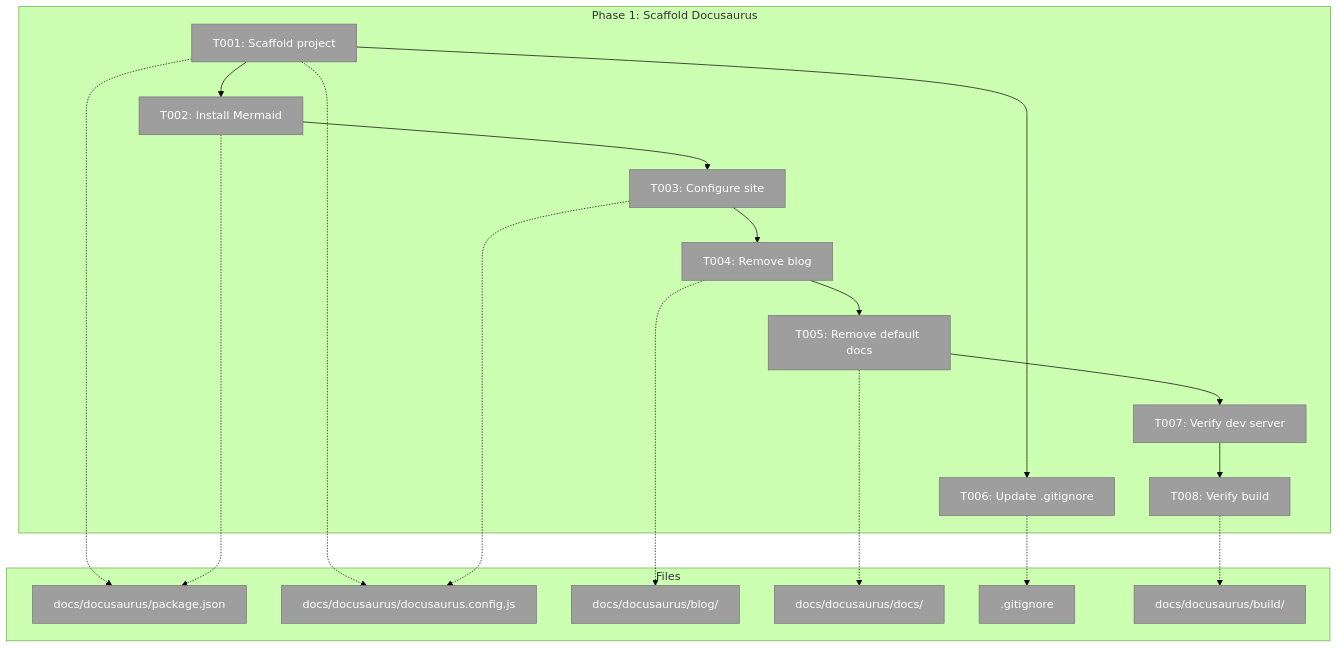
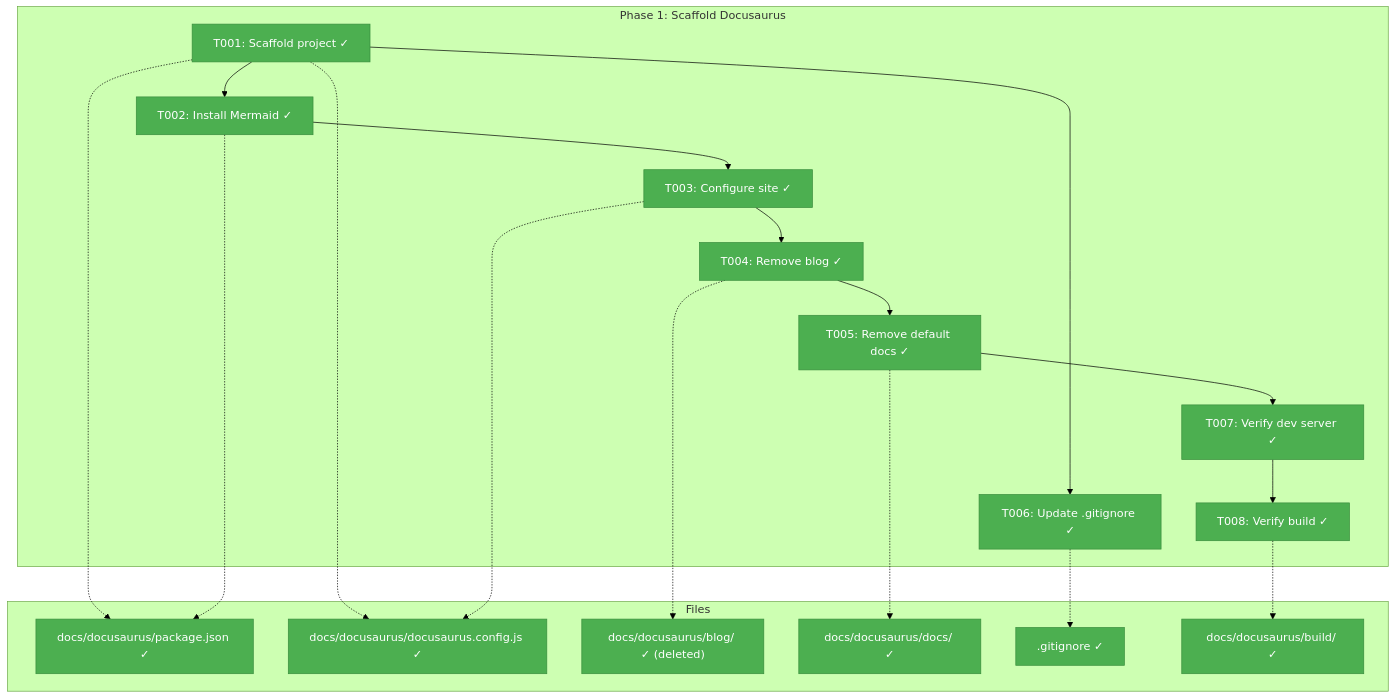
The first of 2 diagrams in docs/plans/002-docusaurus-site/tasks/phase-1-scaffold-docusaurus-project/tasks.md (jakkaj/hve-core), drawn with Mermaid (forest theme) before and after one commit. The commit also changed other lines of this file and 25 other files, not shown here.

First line of the commit message:
feat(docs): scaffold Docusaurus project with Mermaid support

````diff
--- a/docs/plans/002-docusaurus-site/tasks/phase-1-scaffold-docusaurus-project/tasks.md
+++ b/docs/plans/002-docusaurus-site/tasks/phase-1-scaffold-docusaurus-project/tasks.md
@@ -113,44 +113,44 @@
 ```mermaid
 flowchart TD
     classDef pending fill:#9E9E9E,stroke:#757575,color:#fff
     classDef inprogress fill:#FF9800,stroke:#F57C00,color:#fff
     classDef completed fill:#4CAF50,stroke:#388E3C,color:#fff
     classDef blocked fill:#F44336,stroke:#D32F2F,color:#fff
 
     subgraph Phase["Phase 1: Scaffold Docusaurus"]
-        T001["T001: Scaffold project"]:::pending
-        T002["T002: Install Mermaid"]:::pending
-        T003["T003: Configure site"]:::pending
-        T004["T004: Remove blog"]:::pending
-        T005["T005: Remove default docs"]:::pending
-        T006["T006: Update .gitignore"]:::pending
-        T007["T007: Verify dev server"]:::pending
-        T008["T008: Verify build"]:::pending
+        T001["T001: Scaffold project ✓"]:::completed
+        T002["T002: Install Mermaid ✓"]:::completed
+        T003["T003: Configure site ✓"]:::completed
+        T004["T004: Remove blog ✓"]:::completed
+        T005["T005: Remove default docs ✓"]:::completed
+        T006["T006: Update .gitignore ✓"]:::completed
+        T007["T007: Verify dev server ✓"]:::completed
+        T008["T008: Verify build ✓"]:::completed
 
         T001 --> T002
         T002 --> T003
         T003 --> T004
         T004 --> T005
         T001 --> T006
         T005 --> T007
         T007 --> T008
     end
 
     subgraph Files["Files"]
-        F1["docs/docusaurus/package.json"]:::pending
-        F2["docs/docusaurus/docusaurus.config.js"]:::pending
-        F3["docs/docusaurus/blog/"]:::pending
-        F4["docs/docusaurus/docs/"]:::pending
-        F5[".gitignore"]:::pending
-        F6["docs/docusaurus/build/"]:::pending
+        F1["docs/docusaurus/package.json ✓"]:::completed
+        F2["docs/docusaurus/docusaurus.config.js ✓"]:::completed
+        F3["docs/docusaurus/blog/ ✓ (deleted)"]:::completed
+        F4["docs/docusaurus/docs/ ✓"]:::completed
+        F5[".gitignore ✓"]:::completed
+        F6["docs/docusaurus/build/ ✓"]:::completed
     end
 
     T001 -.-> F1
     T001 -.-> F2
     T002 -.-> F1
     T003 -.-> F2
     T004 -.-> F3
     T005 -.-> F4
     T006 -.-> F5
     T008 -.-> F6
 ```
````
